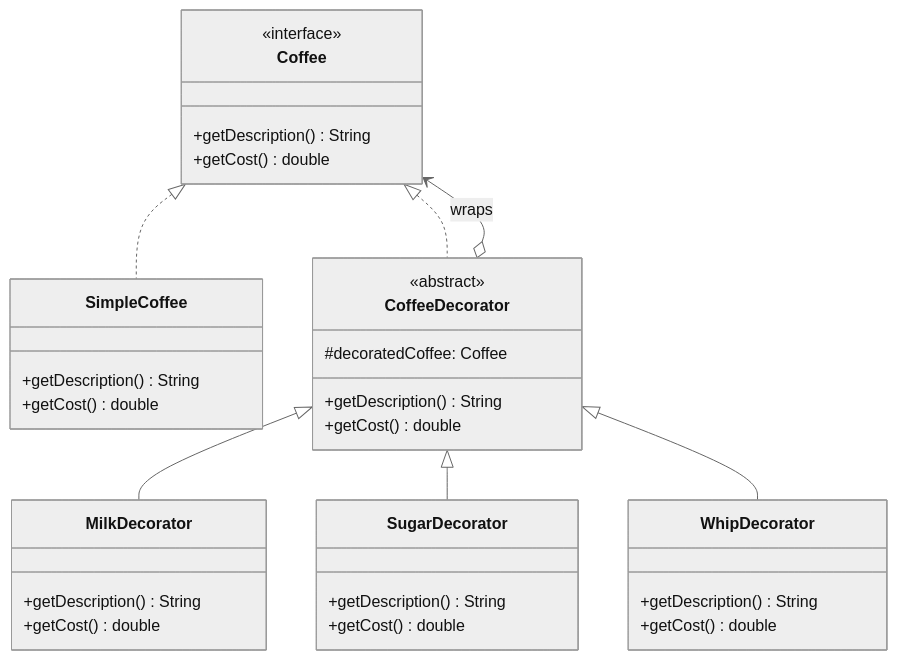
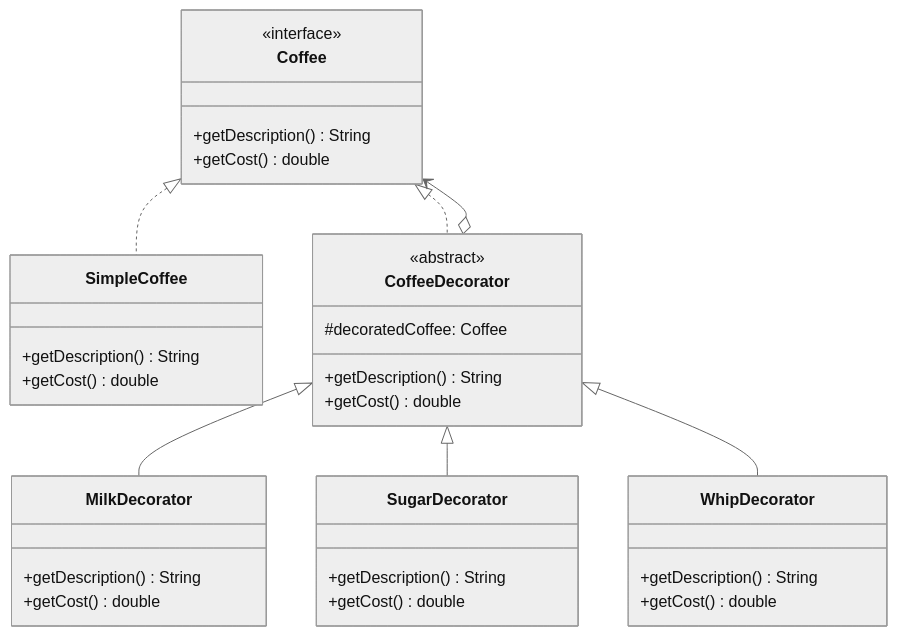
Before and after one commit to kubrck/LLD: the diagram in src/decorator/README.md, drawn with Mermaid (neutral theme). The commit also changed 10 other files, not shown here.

Commit message:
docs(uml): simplify all diagrams to only is-a and has-a relationships

````diff
--- a/src/decorator/README.md
+++ b/src/decorator/README.md
@@ -7,42 +7,42 @@
 ```mermaid
 classDiagram
     class Coffee {
         <<interface>>
         +getDescription() String
         +getCost() double
     }
 
     class SimpleCoffee {
         +getDescription() String
         +getCost() double
     }
 
     class CoffeeDecorator {
         <<abstract>>
         #decoratedCoffee: Coffee
         +getDescription() String
         +getCost() double
     }
 
     class MilkDecorator {
         +getDescription() String
         +getCost() double
     }
 
     class SugarDecorator {
         +getDescription() String
         +getCost() double
     }
 
     class WhipDecorator {
         +getDescription() String
         +getCost() double
     }
 
     Coffee <|.. SimpleCoffee
     Coffee <|.. CoffeeDecorator
-    CoffeeDecorator o--> Coffee : wraps
+    CoffeeDecorator o--> Coffee
     CoffeeDecorator <|-- MilkDecorator
     CoffeeDecorator <|-- SugarDecorator
     CoffeeDecorator <|-- WhipDecorator
 ```
````
